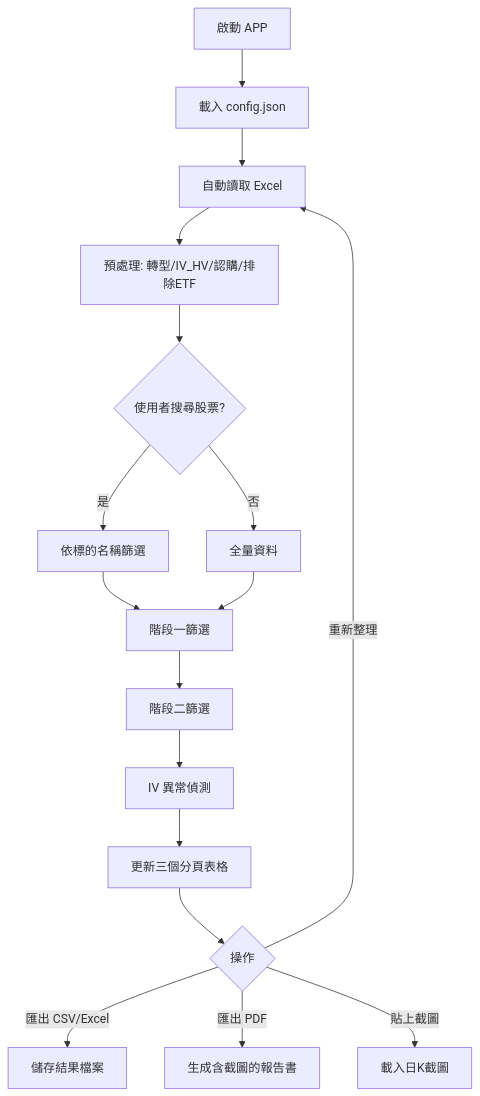
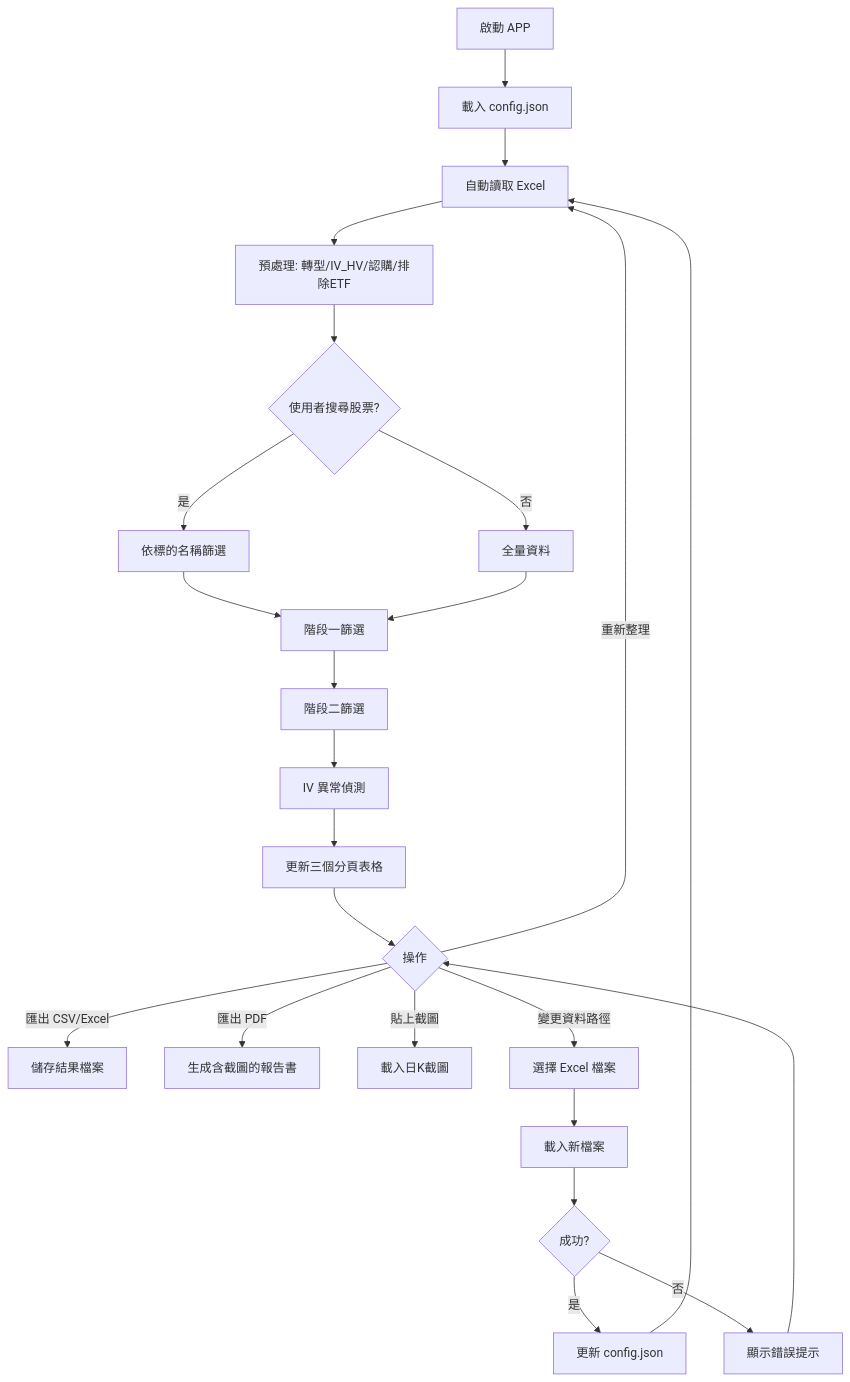
The third of 10 diagrams in spec.md (kkla1016/w-insight), drawn with Mermaid before and after one commit. The commit also changed other lines of this file and 9 other files, not shown here.

````diff
--- a/spec.md
+++ b/spec.md
@@ -79,19 +85,22 @@
 ```mermaid
 flowchart TD
     A[啟動 APP] --> B[載入 config.json]
     B --> C[自動讀取 Excel]
     C --> D[預處理: 轉型/IV_HV/認購/排除ETF]
     D --> E{使用者搜尋股票?}
     E -->|是| F[依標的名稱篩選]
     E -->|否| G[全量資料]
     F --> H[階段一篩選]
     G --> H
     H --> I[階段二篩選]
     I --> J[IV 異常偵測]
     J --> K[更新三個分頁表格]
     K --> L{操作}
     L -->|匯出 CSV/Excel| M[儲存結果檔案]
     L -->|匯出 PDF| N[生成含截圖的報告書]
     L -->|貼上截圖| O[載入日K截圖]
     L -->|重新整理| C
+    L -->|變更資料路徑| P[選擇 Excel 檔案] --> Q[載入新檔案] --> R{成功?}
+    R -->|是| S[更新 config.json] --> C
+    R -->|否| T[顯示錯誤提示] --> L
 ```
````
